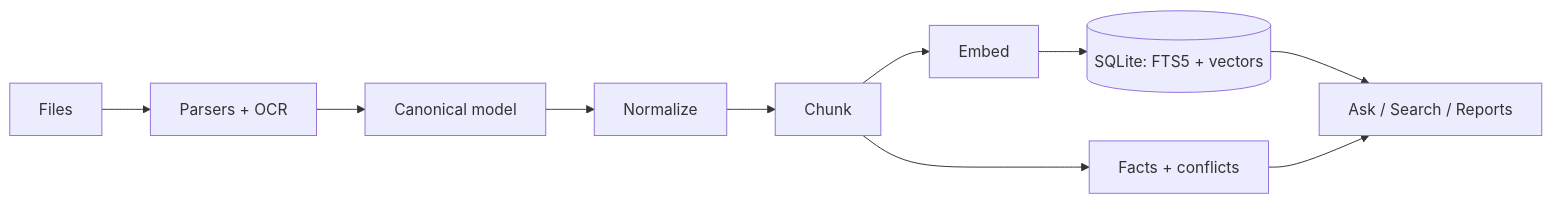
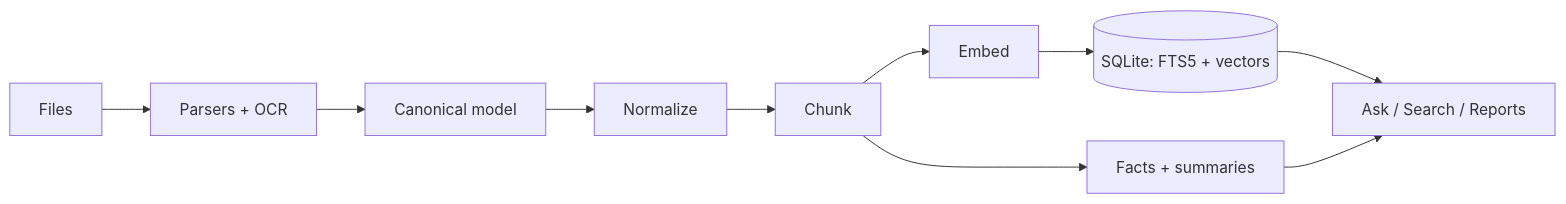
Before and after one commit to SpreadSheets600/CMPDI-Intelligence: the diagram in README.md, drawn with Mermaid. The commit also changed other lines of this file and 9 other files, not shown here.

````diff
--- a/README.md
+++ b/README.md
@@ -110,12 +128,12 @@
 ```mermaid
 flowchart LR
     F[Files] --> P[Parsers + OCR]
     P --> C[Canonical model]
     C --> N[Normalize]
     N --> K[Chunk]
     K --> E[Embed]
     E --> I[(SQLite: FTS5 + vectors)]
-    K --> X[Facts + conflicts]
+    K --> X[Facts + summaries]
     I --> Q[Ask / Search / Reports]
     X --> Q
 ```
````
